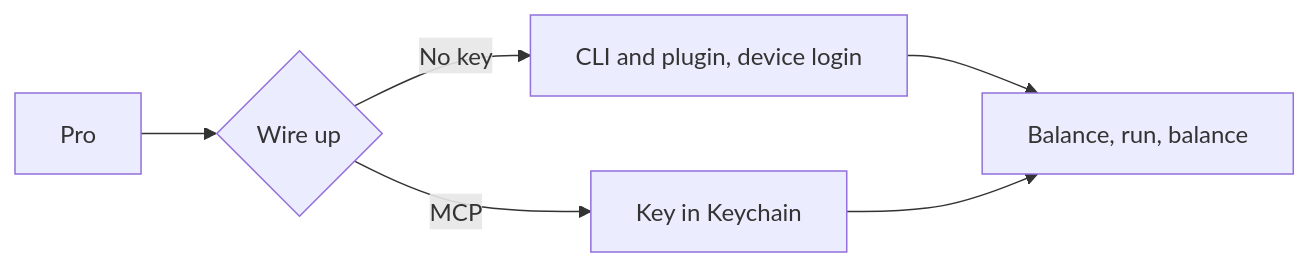
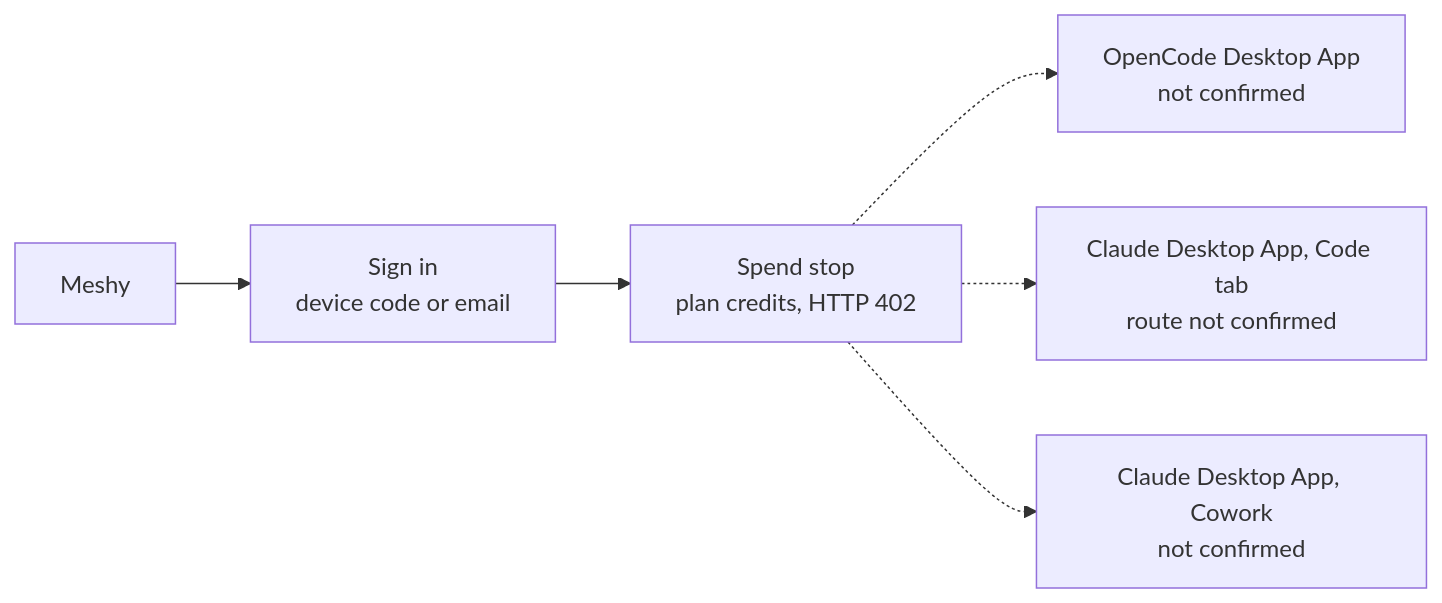
One commit to SoulCraft-Org/compute-crafter changed the diagram in guides/meshy.md. Above: the diagram before and after it, drawn with Mermaid. The commit also changed other lines of this file and 10 other files, not shown here.

First line of the commit message:
Guides batch 5: Meshy, Claude Desktop MCP, Logins, Training (#198)

````diff
--- a/guides/meshy.md
+++ b/guides/meshy.md
@@ -9,6 +5,7 @@
 ```mermaid
 flowchart LR
-  P[Pro] --> W{Wire up}
-  W -->|No key| C[CLI and plugin, device login] --> B[Balance, run, balance]
-  W -->|MCP| K[Key in Keychain] --> B
+  P[Meshy] --> S[Sign in<br/>device code or email] --> G[Spend stop<br/>plan credits, HTTP 402]
+  G -.-> O[OpenCode Desktop App<br/>not confirmed]
+  G -.-> C[Claude Desktop App, Code tab<br/>route not confirmed]
+  G -.-> W[Claude Desktop App, Cowork<br/>not confirmed]
 ```
````
